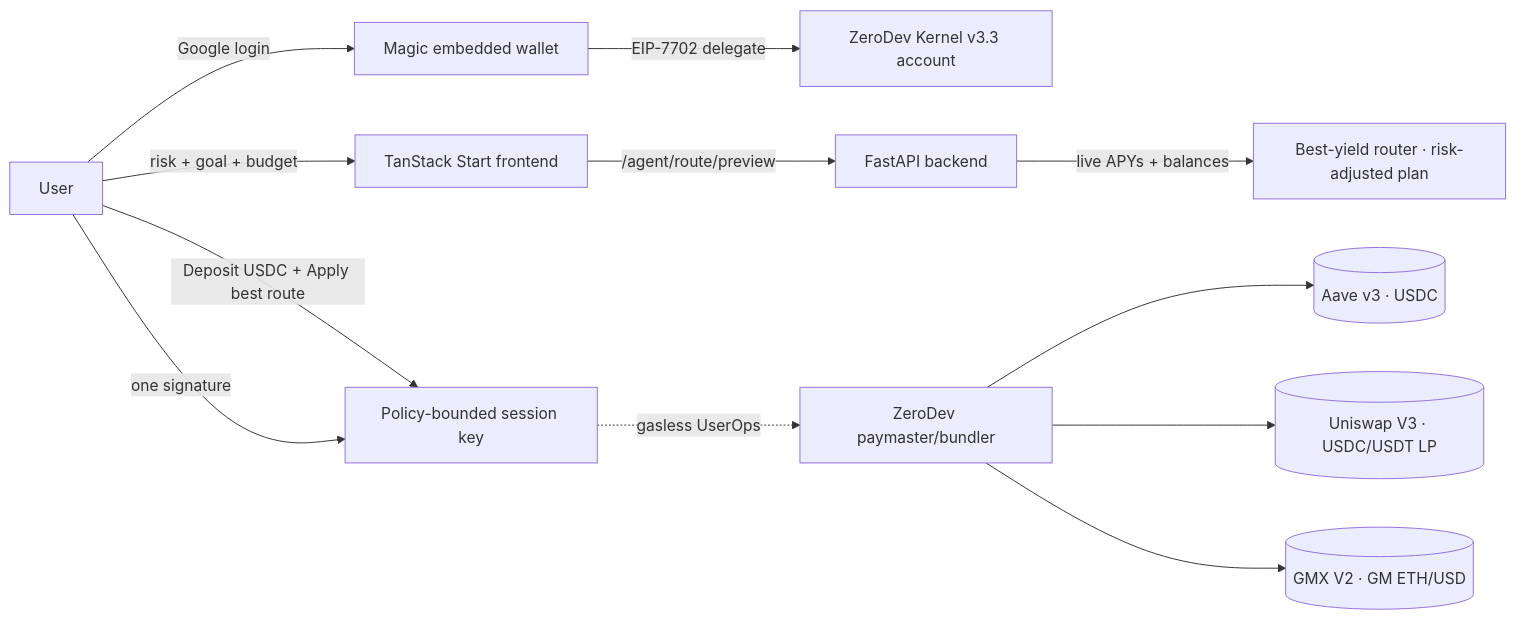
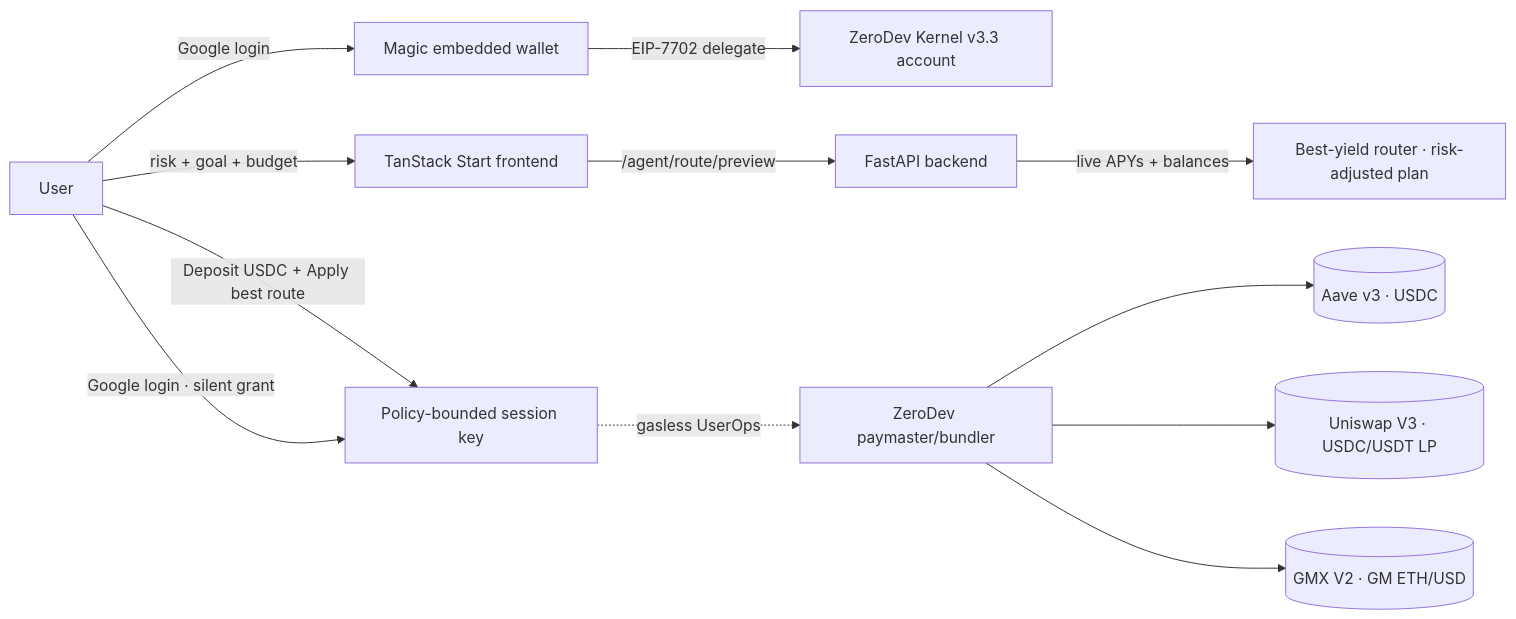
The diagram in README.md (henrysammarfo/axis), drawn with Mermaid before and after one commit. The commit also changed other lines of this file and 7 other files, not shown here.

````diff
--- a/README.md
+++ b/README.md
@@ -78,14 +79,14 @@
 ```mermaid
 flowchart LR
   U[User] -->|Google login| M[Magic embedded wallet]
   M -->|EIP-7702 delegate| K[ZeroDev Kernel v3.3 account]
   U -->|risk + goal + budget| FE[TanStack Start frontend]
   FE -->|/agent/route/preview| API[FastAPI backend]
   API -->|live APYs + balances| RT[Best-yield router · risk-adjusted plan]
   U -->|Deposit USDC + Apply best route| SK[Policy-bounded session key]
-  U -->|one signature| SK
+  U -->|Google login · silent grant| SK
   SK -.gasless UserOps.-> PM[ZeroDev paymaster/bundler]
   PM --> AAVE[(Aave v3 · USDC)]
   PM --> LP[(Uniswap V3 · USDC/USDT LP)]
   PM --> GMX[(GMX V2 · GM ETH/USD)]
 ```
````
